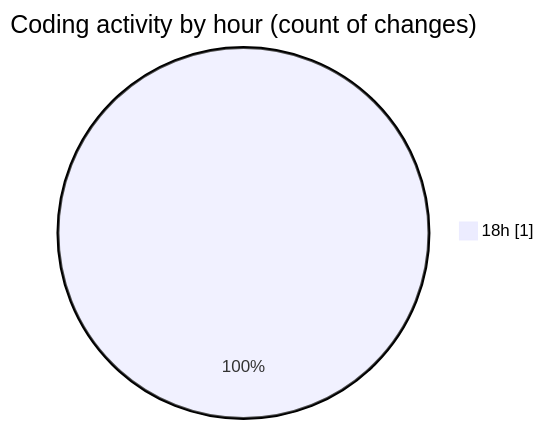
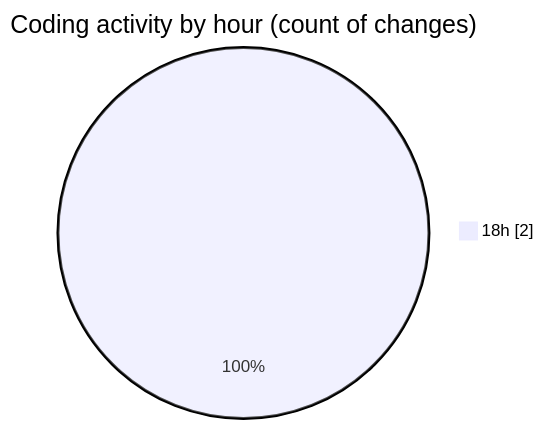
One commit to Netris89/code-tracking changed the second of 2 diagrams in 2025-04-13/back-end/README.md. Above: the diagram before and after it, drawn with Mermaid. The commit also changed other lines of this file and 1 other file, not shown here.

````diff
--- a/2025-04-13/back-end/README.md
+++ b/2025-04-13/back-end/README.md
@@ -28,5 +28,5 @@
 ```mermaid
 pie showData
 title Coding activity by hour (count of changes)
-"18h" : 1
+"18h" : 2
 ```
````
